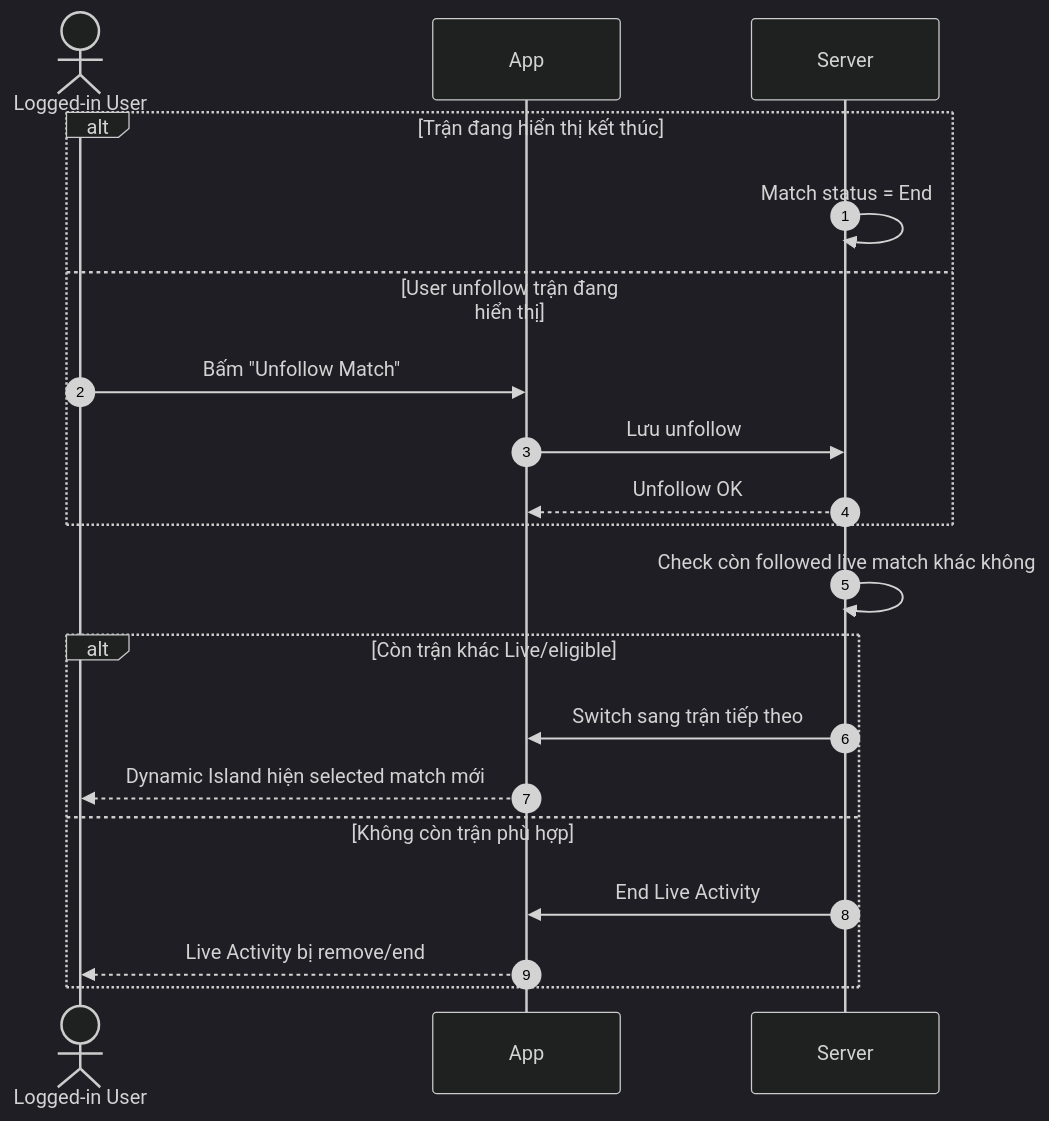
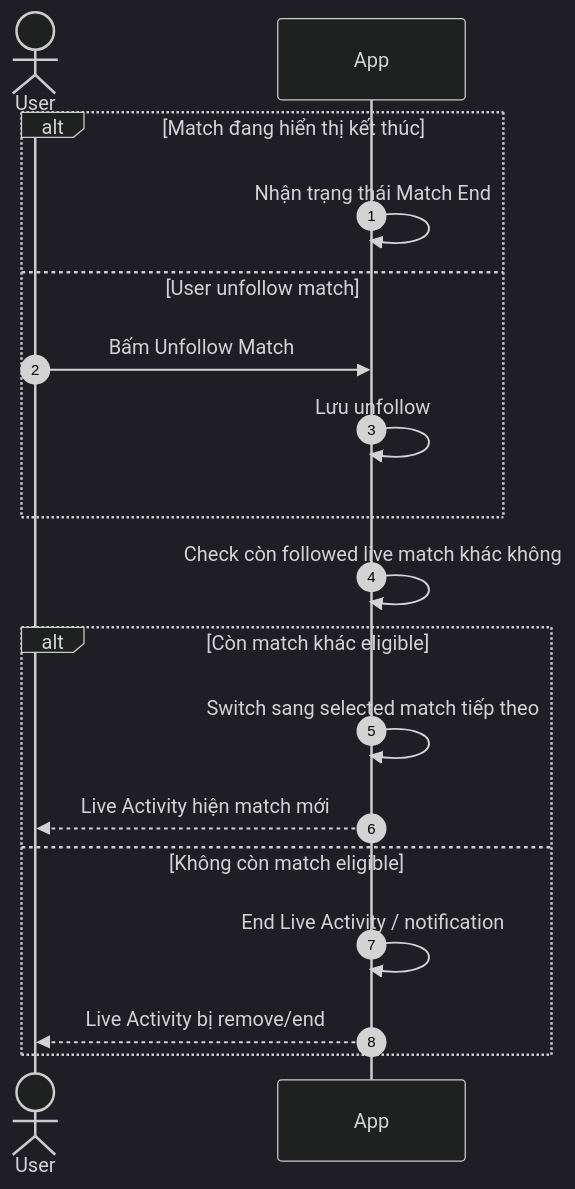
Before and after one commit to duongdang1136/FPTPLay: the third of 4 diagrams in features/final-docs/Sport-Zone/Live-Activity/product/live-activity-user-flows-functional-requirements.md, drawn with Mermaid (dark theme). The commit also changed other lines of this file, not shown here.

Commit message:
docs: simplify live activity flow diagrams

````diff
--- a/features/final-docs/Sport-Zone/Live-Activity/product/live-activity-user-flows-functional-requirements.md
+++ b/features/final-docs/Sport-Zone/Live-Activity/product/live-activity-user-flows-functional-requirements.md
@@ -316,26 +315,24 @@
 ```mermaid
 sequenceDiagram
     autonumber
 
-    actor User as Logged-in User
+    actor User as User
     participant App
-    participant Server
 
-    alt Trận đang hiển thị kết thúc
-        Server->>Server: Match status = End
-    else User unfollow trận đang hiển thị
-        User->>App: Bấm "Unfollow Match"
-        App->>Server: Lưu unfollow
-        Server-->>App: Unfollow OK
+    alt Match đang hiển thị kết thúc
+        App->>App: Nhận trạng thái Match End
+    else User unfollow match
+        User->>App: Bấm Unfollow Match
+        App->>App: Lưu unfollow
     end
 
-    Server->>Server: Check còn followed live match khác không
+    App->>App: Check còn followed live match khác không
 
-    alt Còn trận khác Live/eligible
-        Server->>App: Switch sang trận tiếp theo
-        App-->>User: Dynamic Island hiện selected match mới
-    else Không còn trận phù hợp
-        Server->>App: End Live Activity
+    alt Còn match khác eligible
+        App->>App: Switch sang selected match tiếp theo
+        App-->>User: Live Activity hiện match mới
+    else Không còn match eligible
+        App->>App: End Live Activity / notification
         App-->>User: Live Activity bị remove/end
     end
 ```
````
